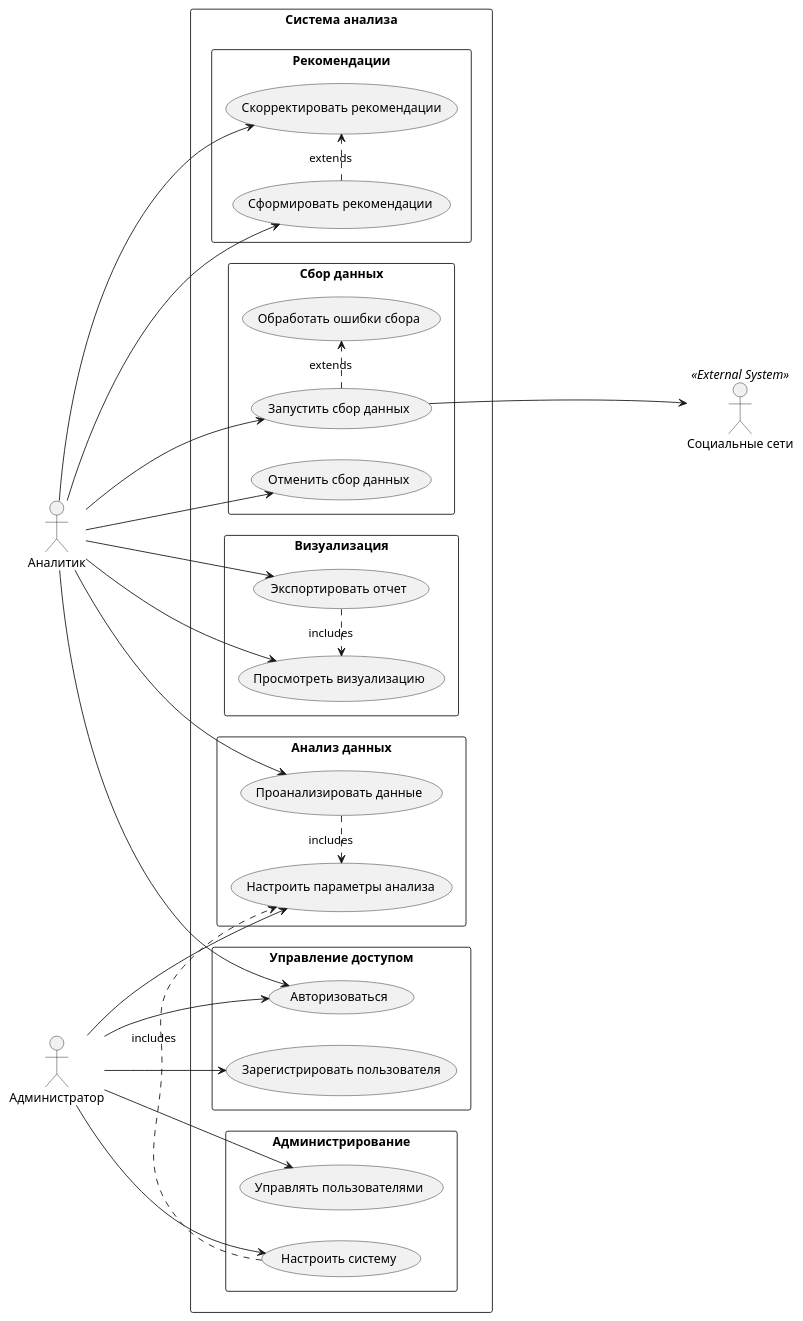
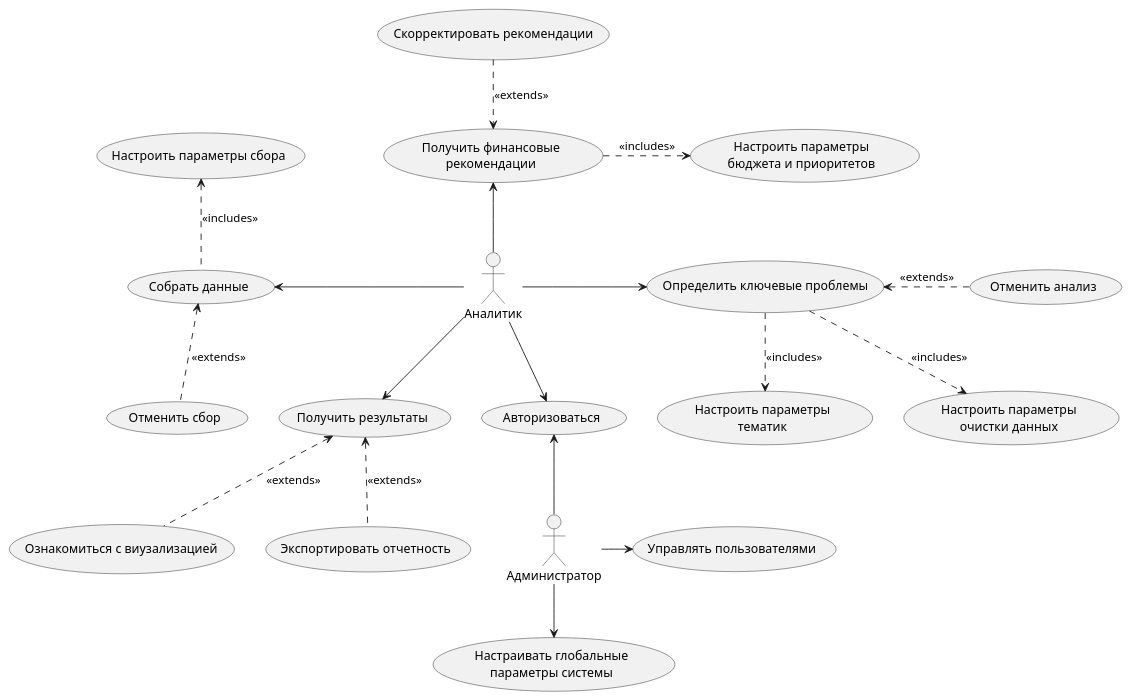
One commit to whitefooox/ai-government changed the diagram in docs/usecase/project.puml. Above: the diagram before and after it, drawn with PlantUML. The commit also changed 1 other file, not shown here.

Commit message:
docs(uml): remove rectangles in usecase

```diff
--- a/docs/usecase/project.puml
+++ b/docs/usecase/project.puml
@@ -1,68 +1,29 @@
-@startuml Диаграмма вариантов использования с модульной декомпозицией
-
-left to right direction
+@startuml ""
 
 actor Аналитик as Analyst
+
+Analyst --> (Авторизоваться)
+
+Analyst -left-> (Собрать данные)
+(Собрать данные) <.. (Отменить сбор) : <<extends>>
+(Настроить параметры сбора) <.. (Собрать данные) : <<includes>>
+
+Analyst -right-> (Определить ключевые проблемы)
+(Определить ключевые проблемы) ..> (Настроить параметры\nочистки данных) : <<includes>>
+(Определить ключевые проблемы) ..> (Настроить параметры\nтематик) : <<includes>>
+(Определить ключевые проблемы) <.right. (Отменить анализ) : <<extends>>
+
+Analyst -up-> (Получить финансовые\nрекомендации)
+(Получить финансовые\nрекомендации) .right.> (Настроить параметры\nбюджета и приоритетов) : <<includes>>
+(Получить финансовые\nрекомендации) <.up. (Скорректировать рекомендации) : <<extends>>
+
+Analyst --> (Получить результаты)
+(Получить результаты) <.. (Ознакомиться с виузализацией) : <<extends>>
+(Получить результаты) <.. (Экспортировать отчетность) : <<extends>>
+
 actor Администратор as Admin
-actor "Социальные сети" as SocialMedia <<External System>>
-
-rectangle "Система анализа" {
-  rectangle "Управление доступом" {
-    (Авторизоваться) as UC1
-    (Зарегистрировать пользователя) as UC2
-  }
-  
-  rectangle "Сбор данных" {
-    (Запустить сбор данных) as UC3
-    (Отменить сбор данных) as UC4
-    (Обработать ошибки сбора) as UC5
-  }
-  
-  rectangle "Анализ данных" {
-    (Проанализировать данные) as UC6
-    (Настроить параметры анализа) as UC7
-  }
-  
-  rectangle "Рекомендации" {
-    (Сформировать рекомендации) as UC8
-    (Скорректировать рекомендации) as UC9
-  }
-  
-  rectangle "Визуализация" {
-    (Просмотреть визуализацию) as UC10
-    (Экспортировать отчет) as UC11
-  }
-  
-  rectangle "Администрирование" {
-    (Управлять пользователями) as UC12
-    (Настроить систему) as UC13
-  }
-}
-
-Analyst --> UC1
-Analyst --> UC3
-Analyst --> UC4
-Analyst --> UC6
-Analyst --> UC8
-Analyst --> UC9
-Analyst --> UC10
-Analyst --> UC11
-
-Admin --> UC1
-Admin --> UC2
-Admin --> UC12
-Admin --> UC13
-Admin --> UC7
-
-UC3 --> SocialMedia
-
-UC3 .> UC5 : extends
-UC6 .> UC7 : includes
-UC8 .> UC9 : extends
-UC11 .> UC10 : includes
-UC13 .> UC7 : includes
-
-UC3 -[hidden]-> SocialMedia
-note on link: Использует данные из
+Admin -up-> (Авторизоваться)
+Admin -right-> (Управлять пользователями)
+Admin --> (Настраивать глобальные\nпараметры системы)
 
 @enduml
```
